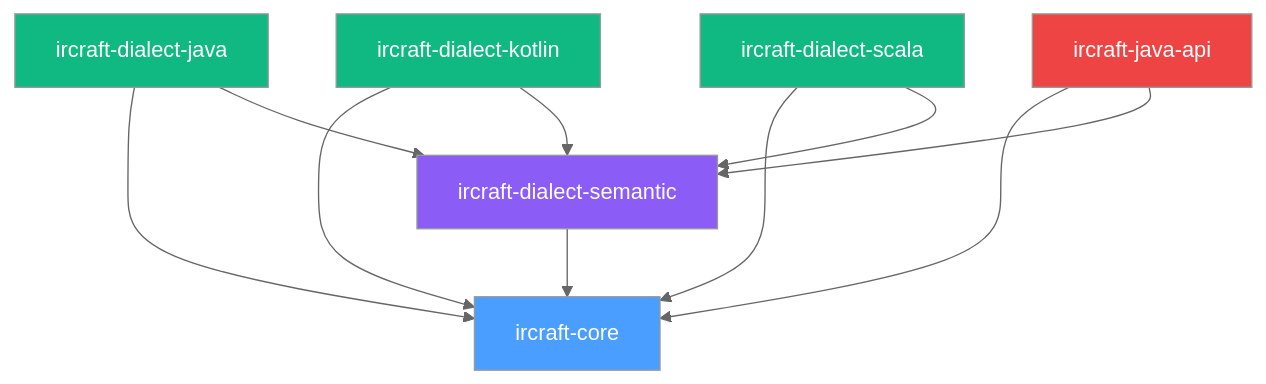
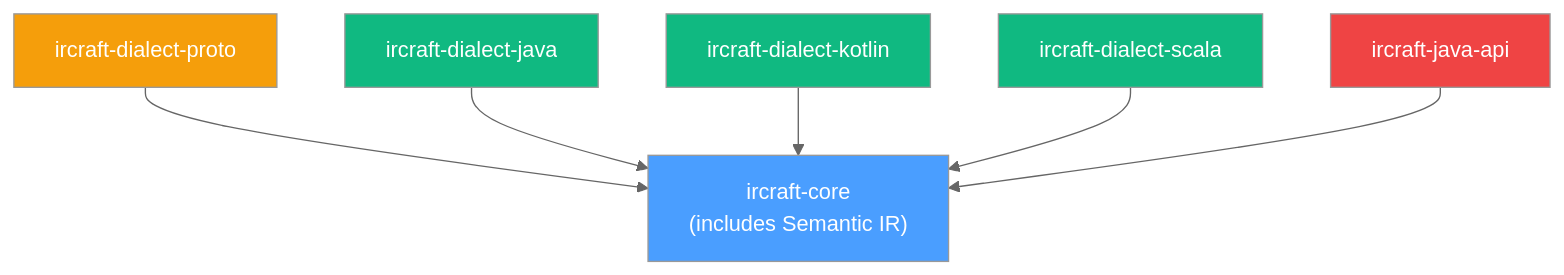
One commit to alnovis/ircraft changed the fifth of 10 diagrams in docs/ARCHITECTURE.md. Above: the diagram before and after it, drawn with Mermaid (neutral theme). The commit also changed other lines of this file and 55 other files, not shown here.

First line of the commit message:
refactor: simplify module structure by moving Semantic to core and consolidating Proto lowering

````diff
--- a/docs/ARCHITECTURE.md
+++ b/docs/ARCHITECTURE.md
@@ -170,26 +170,22 @@
 ```mermaid
 flowchart TB
-    core["ircraft-core"]
-    semantic["ircraft-dialect-semantic"]
+    core["ircraft-core\n(includes Semantic IR)"]
+    proto["ircraft-dialect-proto"]
     java["ircraft-dialect-java"]
     kotlin["ircraft-dialect-kotlin"]
     scala["ircraft-dialect-scala"]
     javaapi["ircraft-java-api"]
 
-    semantic --> core
+    proto --> core
     java --> core
-    java --> semantic
     kotlin --> core
-    kotlin --> semantic
     scala --> core
-    scala --> semantic
     javaapi --> core
-    javaapi --> semantic
 
     style core fill:#4a9eff,color:#fff
-    style semantic fill:#8b5cf6,color:#fff
+    style proto fill:#f59e0b,color:#fff
     style java fill:#10b981,color:#fff
     style kotlin fill:#10b981,color:#fff
     style scala fill:#10b981,color:#fff
     style javaapi fill:#ef4444,color:#fff
 ```
````
